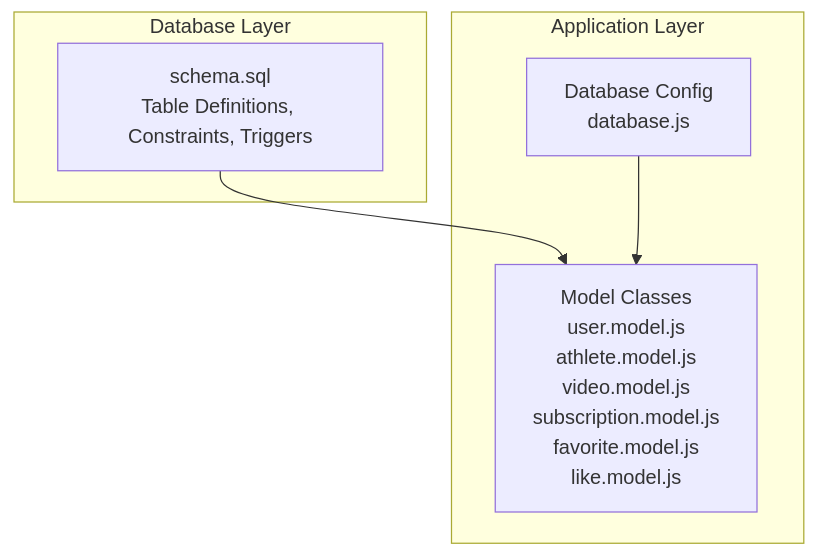
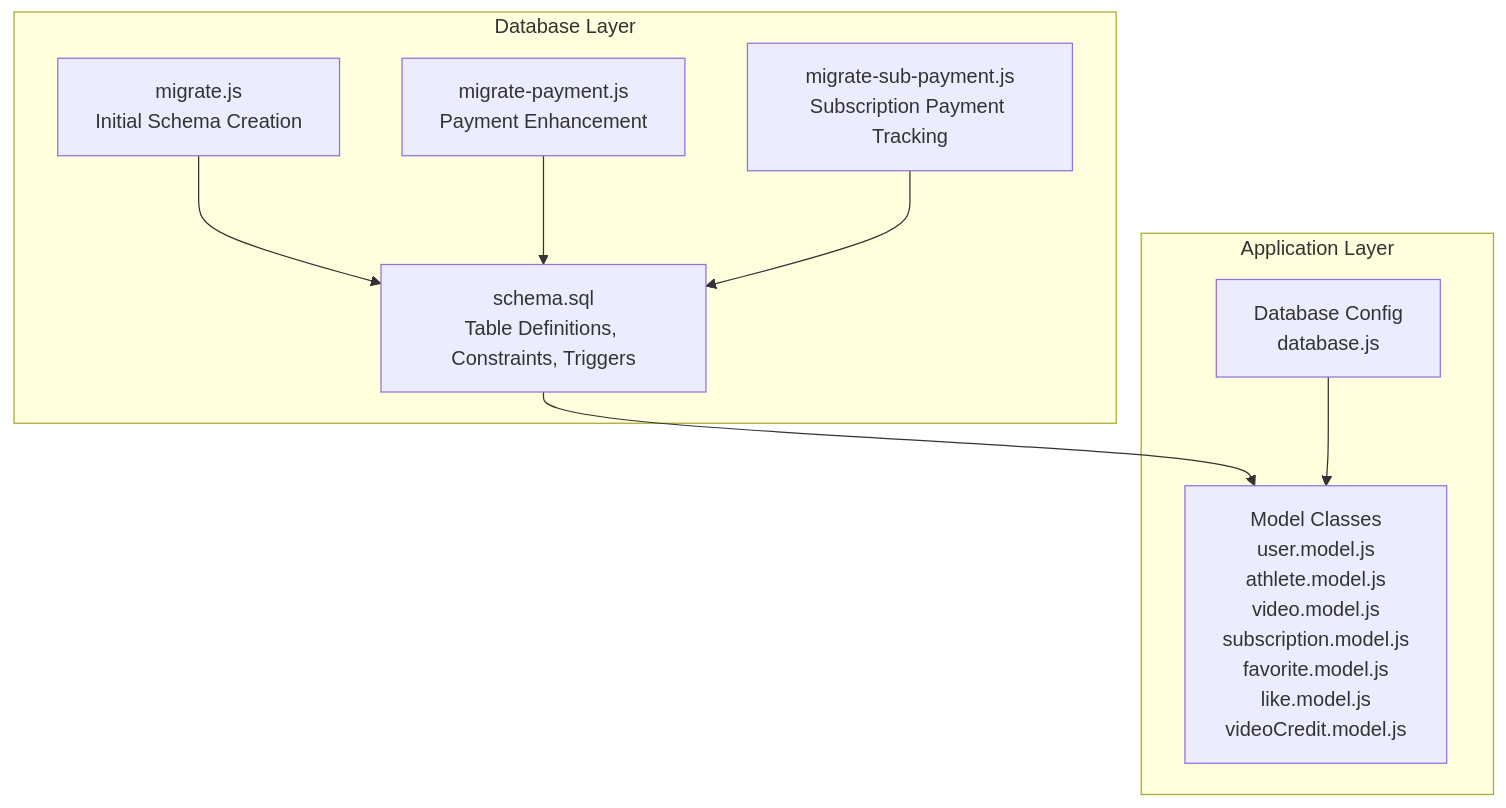
Before and after one commit to Alexandrexicara/craque-vision: the first of 5 diagrams in .qoder/repowiki/en/content/Database Design/Database Schema Overview.md, drawn with Mermaid. The commit also changed other lines of this file and 10 other files, not shown here.

````diff
--- a/.qoder/repowiki/en/content/Database Design/Database Schema Overview.md
+++ b/.qoder/repowiki/en/content/Database Design/Database Schema Overview.md
@@ -33,12 +47,18 @@
 ```mermaid
 graph TB
 subgraph "Database Layer"
 SCHEMA["schema.sql<br/>Table Definitions, Constraints, Triggers"]
+MIGRATE["migrate.js<br/>Initial Schema Creation"]
+MIGRATE_PAYMENT["migrate-payment.js<br/>Payment Enhancement"]
+MIGRATE_SUB["migrate-sub-payment.js<br/>Subscription Payment Tracking"]
 end
 subgraph "Application Layer"
-MODELS["Model Classes<br/>user.model.js<br/>athlete.model.js<br/>video.model.js<br/>subscription.model.js<br/>favorite.model.js<br/>like.model.js"]
+MODELS["Model Classes<br/>user.model.js<br/>athlete.model.js<br/>video.model.js<br/>subscription.model.js<br/>favorite.model.js<br/>like.model.js<br/>videoCredit.model.js"]
 CONFIG["Database Config<br/>database.js"]
 end
 SCHEMA --> MODELS
+MIGRATE --> SCHEMA
+MIGRATE_PAYMENT --> SCHEMA
+MIGRATE_SUB --> SCHEMA
 CONFIG --> MODELS
 ```
````
